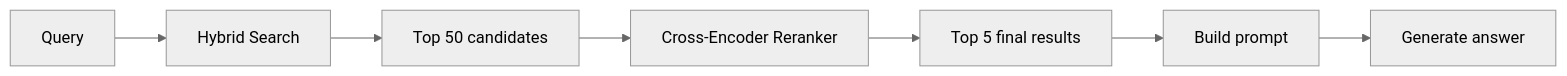
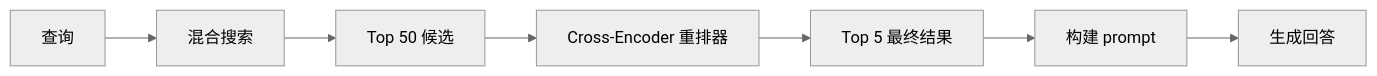
The first of 3 diagrams in phases/11-llm-engineering/07-advanced-rag/docs/zh.md (alessandrodinisio-ai/ai-engineering-learning-framework), drawn with Mermaid (neutral theme) before and after one commit. The commit also changed other lines of this file and 120 other files, not shown here.

First line of the commit message:
i18n(mermaid): 337 个 mermaid 图表标签中文化

````diff
--- a/phases/11-llm-engineering/07-advanced-rag/docs/zh.md
+++ b/phases/11-llm-engineering/07-advanced-rag/docs/zh.md
@@ -76,9 +76,9 @@
 ```mermaid
 graph LR
-    Q["Query"] --> H["Hybrid Search"]
-    H --> C50["Top 50 candidates"]
-    C50 --> RR["Cross-Encoder Reranker"]
-    RR --> C5["Top 5 final results"]
-    C5 --> P["Build prompt"]
-    P --> LLM["Generate answer"]
+    Q["查询"] --> H["混合搜索"]
+    H --> C50["Top 50 候选"]
+    C50 --> RR["Cross-Encoder 重排器"]
+    RR --> C5["Top 5 最终结果"]
+    C5 --> P["构建 prompt"]
+    P --> LLM["生成回答"]
 ```
````
